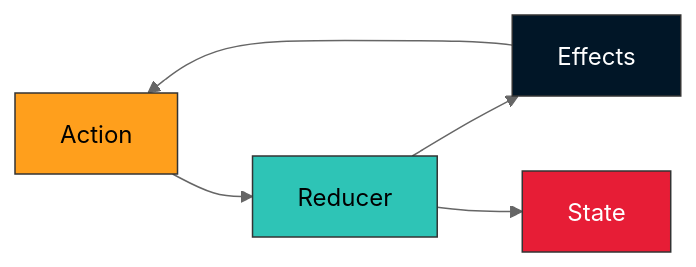
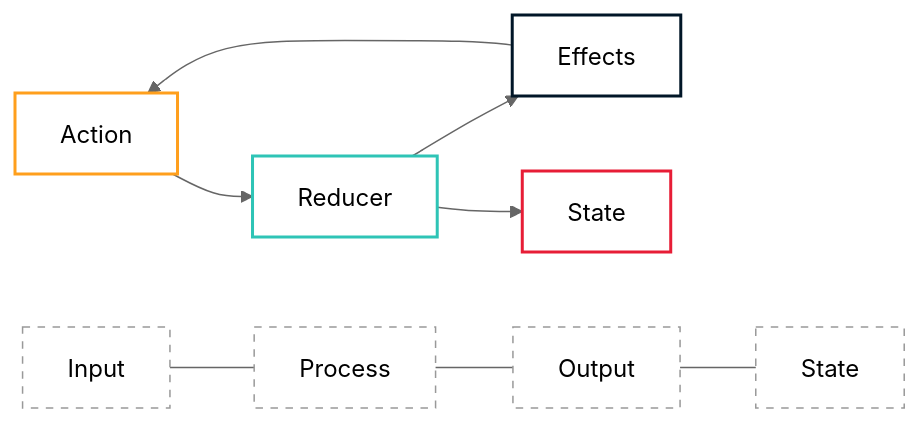
Before and after one commit to openmina/openmina: the diagram in llm-docs/architecture/state-machine.md, drawn with Mermaid (neutral theme). The commit also changed other lines of this file and 7 other files, not shown here.

Commit message:
Updated Diagrams

````diff
--- a/llm-docs/architecture/state-machine.md
+++ b/llm-docs/architecture/state-machine.md
@@ -7,17 +7,22 @@
 ```mermaid
 flowchart LR
     Action["Action"] --> Reducer["Reducer"]
     Reducer --> Effects["Effects"]
     Reducer --> State["State"]
     Effects --> Action
 
-    classDef actionClass fill:#ff9f1c,stroke:#333,stroke-width:1px,color:black;
-    classDef reducerClass fill:#2ec4b6,stroke:#333,stroke-width:1px,color:black;
-    classDef stateClass fill:#e71d36,stroke:#333,stroke-width:1px,color:white;
-    classDef effectsClass fill:#011627,stroke:#333,stroke-width:1px,color:white;
+    %% Legend
+    L1["Input"] --- L2["Process"] --- L3["Output"] --- L4["State"]
+
+    classDef actionClass stroke:#ff9f1c,stroke-width:2px,fill:none;
+    classDef reducerClass stroke:#2ec4b6,stroke-width:2px,fill:none;
+    classDef stateClass stroke:#e71d36,stroke-width:2px,fill:none;
+    classDef effectsClass stroke:#011627,stroke-width:2px,fill:none;
+    classDef legend stroke-dasharray: 5 5, fill:none;
 
     class Action actionClass;
     class Reducer reducerClass;
     class State stateClass;
     class Effects effectsClass;
+    class L1,L2,L3,L4 legend;
 ```
````
